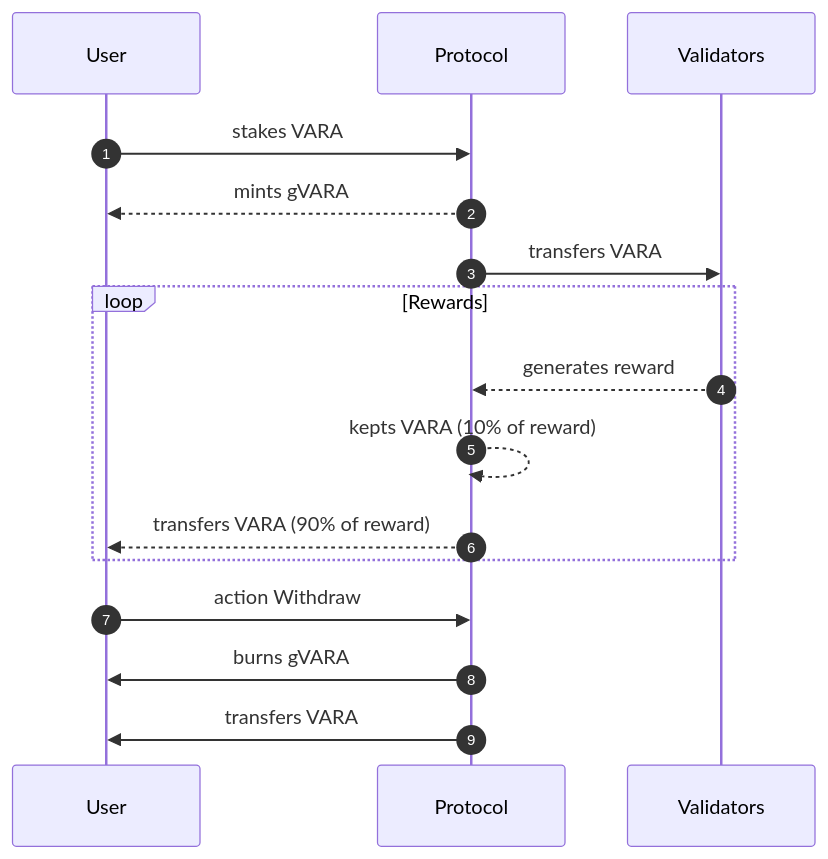
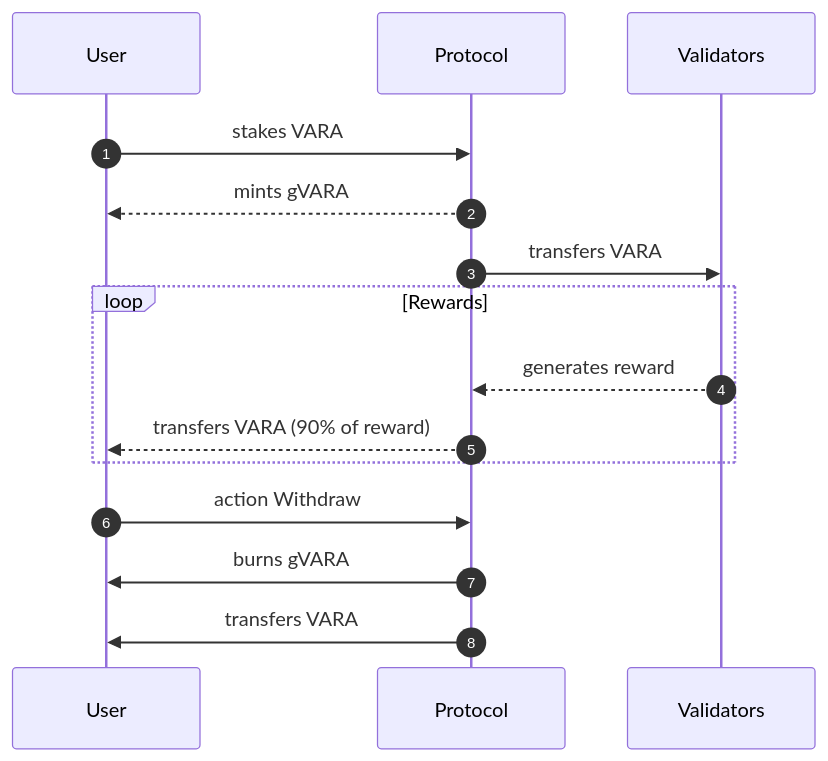
One commit to germangleza/GuardianProtocol changed the diagram in README.md. Above: the diagram before and after it, drawn with Mermaid.

Commit message:
First diagram

````diff
--- a/README.md
+++ b/README.md
@@ -3,17 +3,16 @@
 ```mermaid
 sequenceDiagram
     autonumber
     User ->> Protocol: stakes VARA
     Protocol -->> User: mints gVARA
     Protocol ->> Validators: transfers VARA
 
     loop Rewards
         Validators -->> Protocol: generates reward
-        Protocol -->> Protocol: kepts VARA (10% of reward)
         Protocol -->> User: transfers VARA (90% of reward)
     end
 
     User ->> Protocol: action Withdraw
     Protocol ->> User: burns gVARA
     Protocol ->> User: transfers VARA
 ```
````
